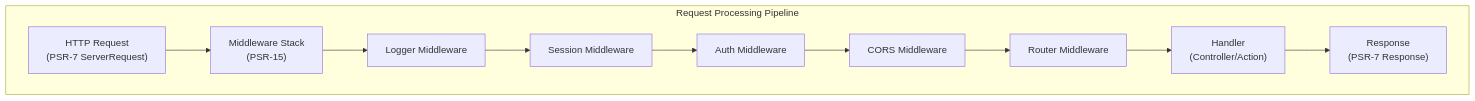
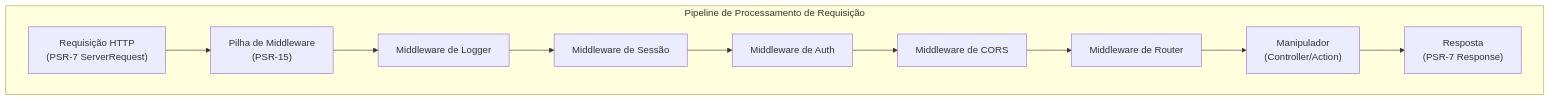
One commit to mambax7/xoops-docs changed the diagram in apps/docs-27/src/content/docs/pt/contributing/adrs/adr-005.md. Above: the diagram before and after it, drawn with Mermaid. The commit also changed other lines of this file and 162 other files, not shown here.

````diff
--- a/apps/docs-27/src/content/docs/pt/contributing/adrs/adr-005.md
+++ b/apps/docs-27/src/content/docs/pt/contributing/adrs/adr-005.md
@@ -93,23 +93,23 @@
 ```mermaid
 graph TD
-    subgraph "Request Processing Pipeline"
-        A["HTTP Request<br/>(PSR-7 ServerRequest)"]
-        B["Middleware Stack<br/>(PSR-15)"]
-        C["Logger Middleware"]
-        D["Session Middleware"]
-        E["Auth Middleware"]
-        F["CORS Middleware"]
-        G["Router Middleware"]
-        H["Handler<br/>(Controller/Action)"]
-        I["Response<br/>(PSR-7 Response)"]
+    subgraph "Pipeline de Processamento de Requisição"
+        A["Requisição HTTP<br/>(PSR-7 ServerRequest)"]
+        B["Pilha de Middleware<br/>(PSR-15)"]
+        C["Middleware de Logger"]
+        D["Middleware de Sessão"]
+        E["Middleware de Auth"]
+        F["Middleware de CORS"]
+        G["Middleware de Router"]
+        H["Manipulador<br/>(Controller/Action)"]
+        I["Resposta<br/>(PSR-7 Response)"]
     end
 
     A --> B
     B --> C
     C --> D
     D --> E
     E --> F
     F --> G
     G --> H
     H --> I
 ```
````
